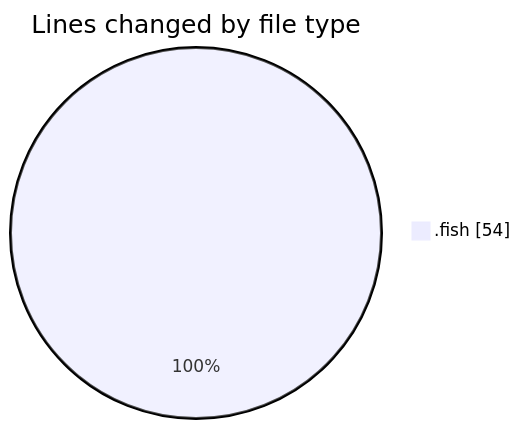
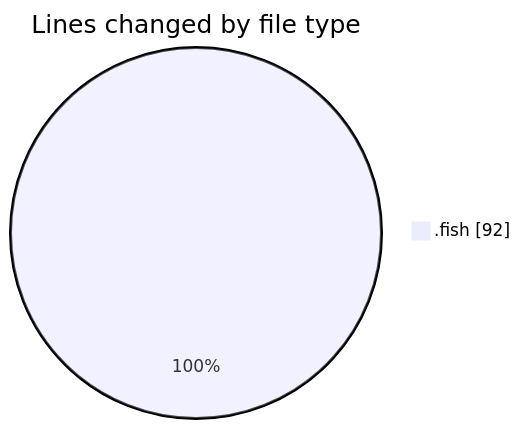
Before and after one commit to EIIisD/code-tracking: the first of 2 diagrams in 2025-07-20/fish/README.md, drawn with Mermaid. The commit also changed other lines of this file and 1 other file, not shown here.

````diff
--- a/2025-07-20/fish/README.md
+++ b/2025-07-20/fish/README.md
@@ -20,5 +20,5 @@
 ```mermaid
 pie showData
 title Lines changed by file type
-".fish" : 54
+".fish" : 92
 ```
````
